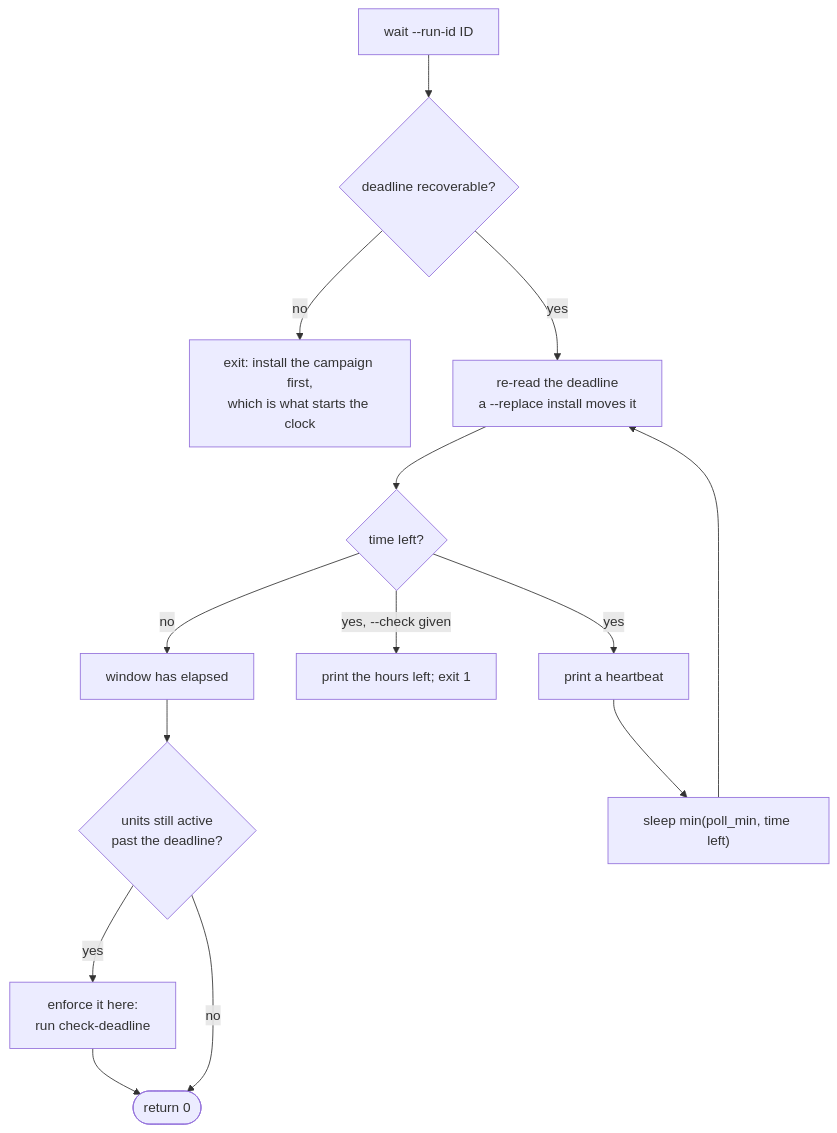
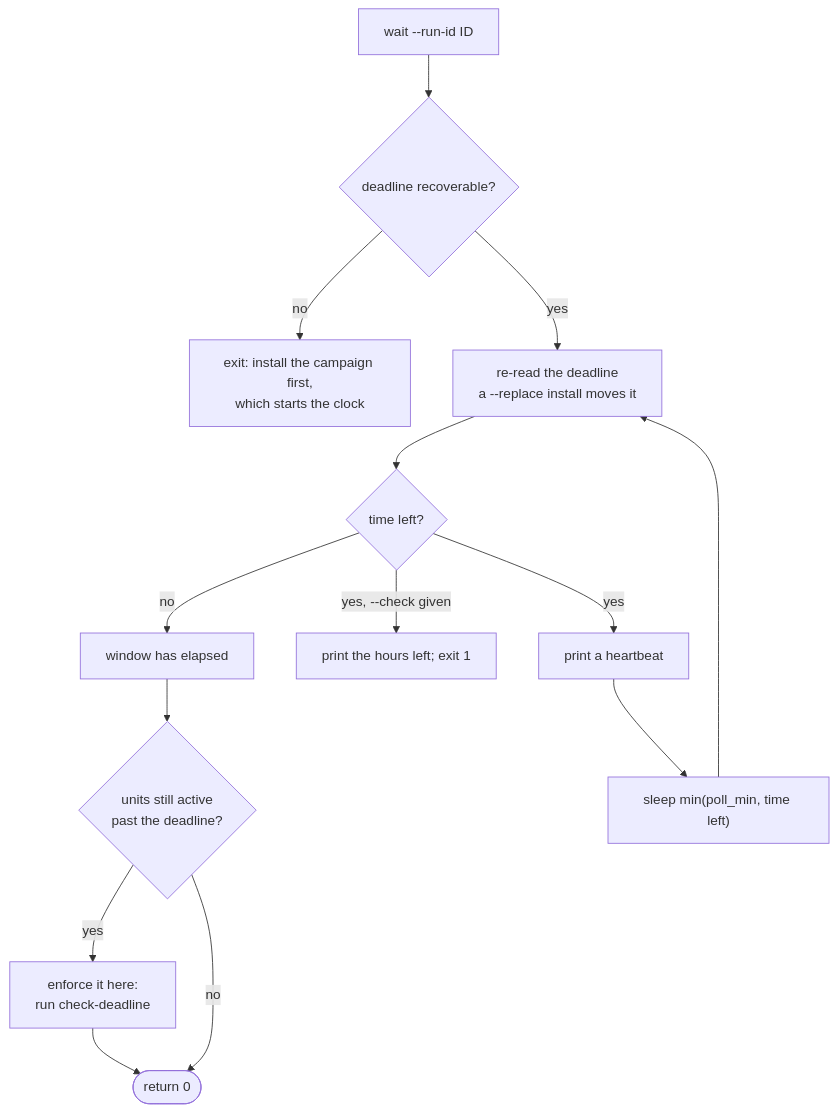
The eighth of 10 diagrams in docs/src/content/docs/architecture/loops.md (Indspl0it/gspwn), drawn with Mermaid before and after one commit. The commit also changed other lines of this file and 247 other files, not shown here.

````diff
--- a/docs/src/content/docs/architecture/loops.md
+++ b/docs/src/content/docs/architecture/loops.md
@@ -340,16 +361,16 @@
 ```mermaid
 flowchart TB
   S["wait --run-id ID"] --> D{"deadline recoverable?"}
-  D -->|no| ERR["exit: install the campaign first,<br/>which is what starts the clock"]
+  D -->|no| ERR["exit: install the campaign first,<br/>which starts the clock"]
   D -->|yes| RE["re-read the deadline<br/>a --replace install moves it"]
   RE --> LEFT{"time left?"}
   LEFT -->|"no"| OUT["window has elapsed"]
   LEFT -->|"yes, --check given"| CH["print the hours left; exit 1"]
   LEFT -->|"yes"| HB["print a heartbeat"]
   HB --> SL["sleep min(poll_min, time left)"]
   SL --> RE
   OUT --> ACT{"units still active<br/>past the deadline?"}
   ACT -->|yes| ENF["enforce it here:<br/>run check-deadline"]
   ACT -->|no| DONE(["return 0"])
   ENF --> DONE
 ```
````
